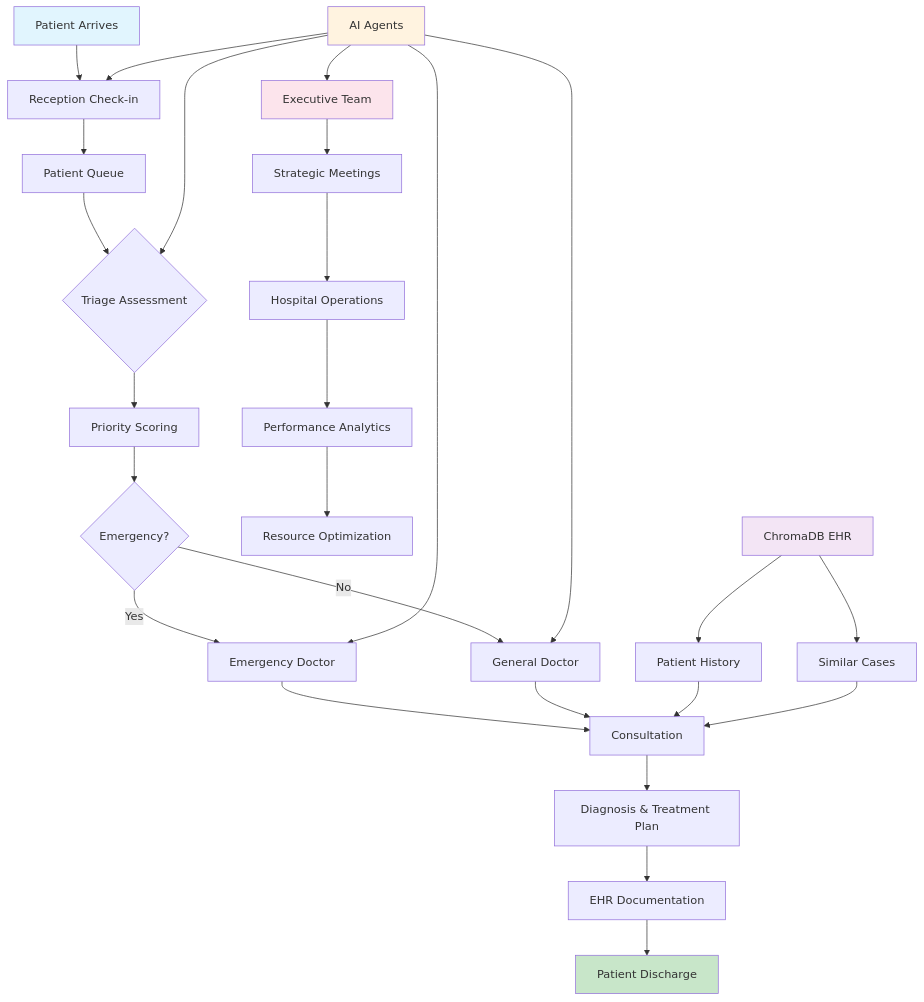
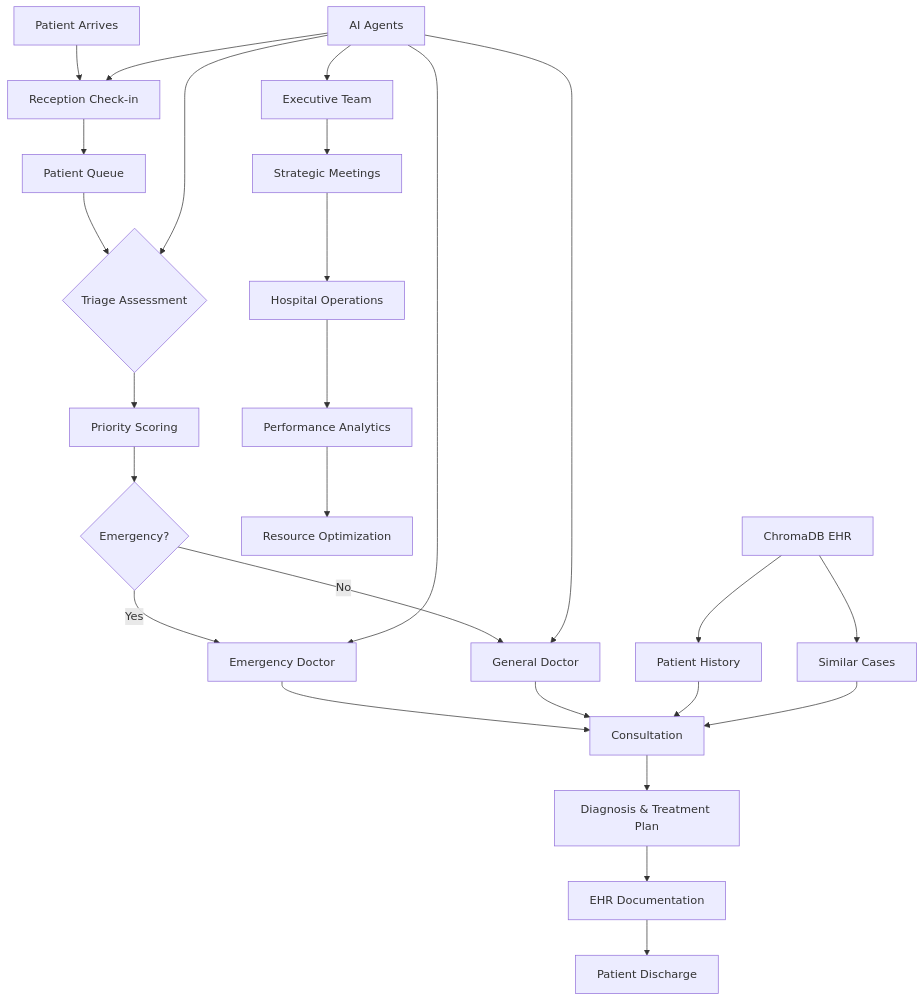
Before and after one commit to The-Swarm-Corporation/HospitalSim: the diagram in README.md, drawn with Mermaid.

````diff
--- a/README.md
+++ b/README.md
@@ -9,37 +9,32 @@
 ```mermaid
 flowchart TD
     A[Patient Arrives] --> B[Reception Check-in]
     B --> C[Patient Queue]
     C --> D{Triage Assessment}
     D --> E[Priority Scoring]
     E --> F{Emergency?}
     F -->|Yes| G[Emergency Doctor]
     F -->|No| H[General Doctor]
     G --> I[Consultation]
     H --> I[Consultation]
     I --> J[Diagnosis & Treatment Plan]
     J --> K[EHR Documentation]
     K --> L[Patient Discharge]
     
     M[Executive Team] --> N[Strategic Meetings]
     N --> O[Hospital Operations]
     O --> P[Performance Analytics]
     P --> Q[Resource Optimization]
     
     R[ChromaDB EHR] --> S[Patient History]
     S --> I
     R --> T[Similar Cases]
     T --> I
     
     U[AI Agents] --> B
     U --> D
     U --> G
     U --> H
     U --> M
-    
-    style A fill:#e1f5fe
-    style L fill:#c8e6c9
-    style M fill:#fce4ec
-    style R fill:#f3e5f5
-    style U fill:#fff3e0
+
 ```
````
